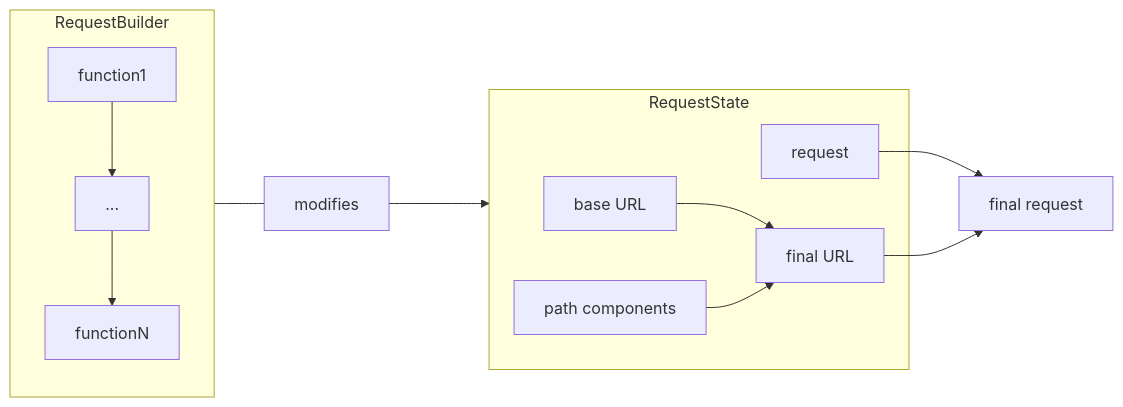
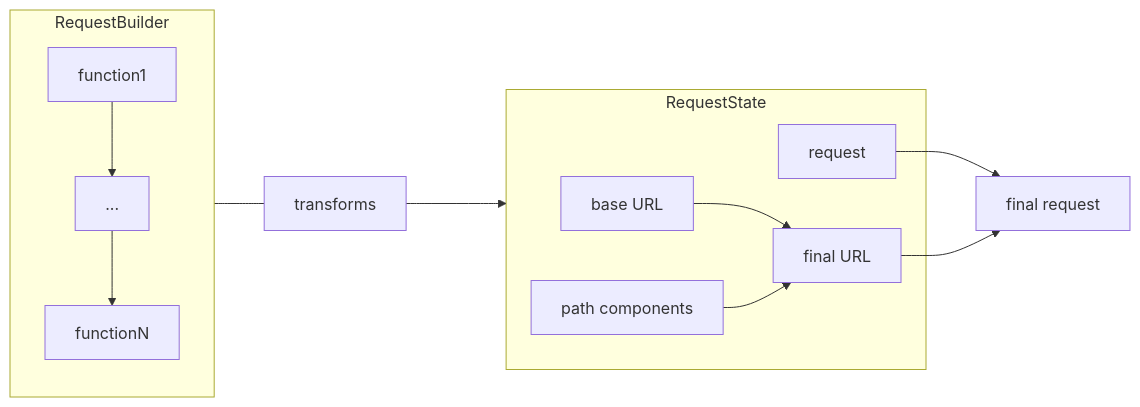
One commit to sisoje/declarative-requests-swift changed the diagram in README.md. Above: the diagram before and after it, drawn with Mermaid.

````diff
--- a/README.md
+++ b/README.md
@@ -6,21 +6,21 @@
 ```mermaid
 flowchart LR
 
-    RequestBuilder --- modifies ---> RequestState
+    RequestBuilder --- transforms ---> RequestState
 
     subgraph RequestState
         baseUrl["base URL"]
         request
         path["path components"]
         baseUrl --> finalUrl["final URL"]
         path --> finalUrl
     end
  
     request --> FinalRequest["final request"]
     finalUrl --> FinalRequest
 
     subgraph RequestBuilder
         function1 --> dots["..."]
         dots --> functionN
     end
 ```
````
